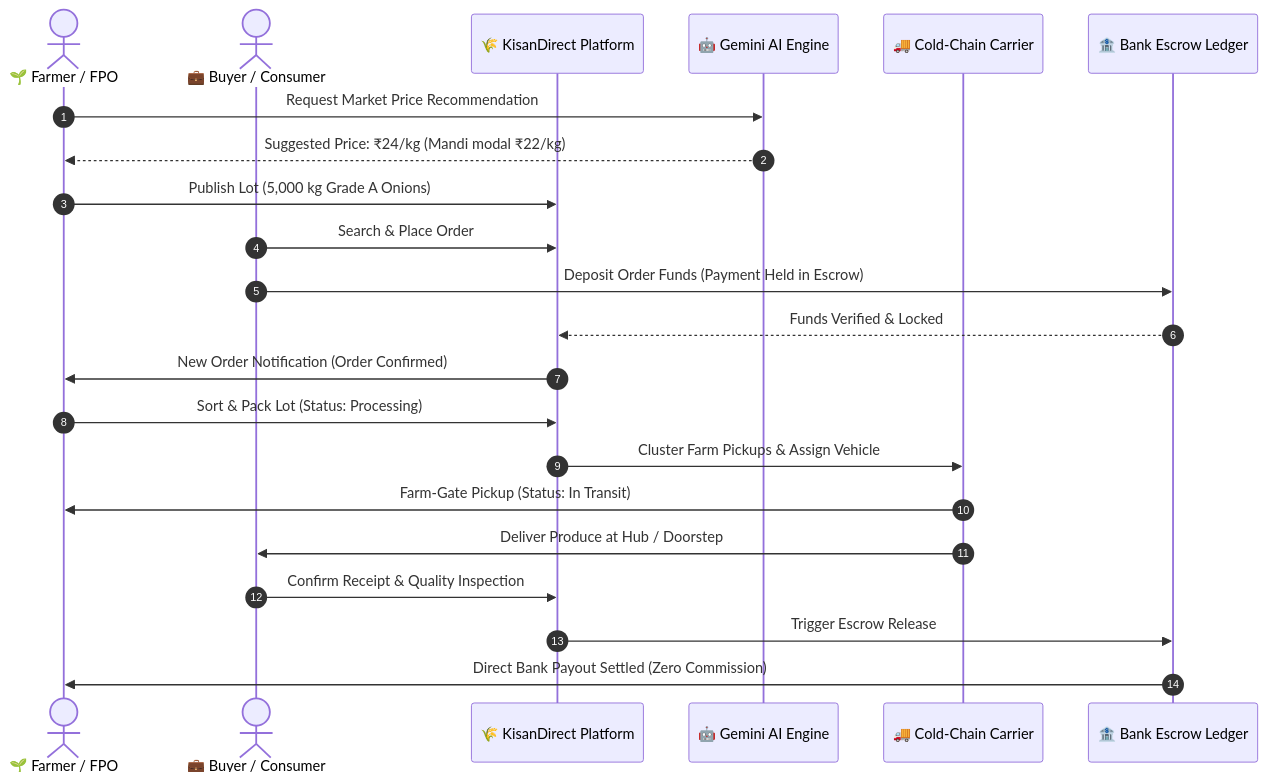
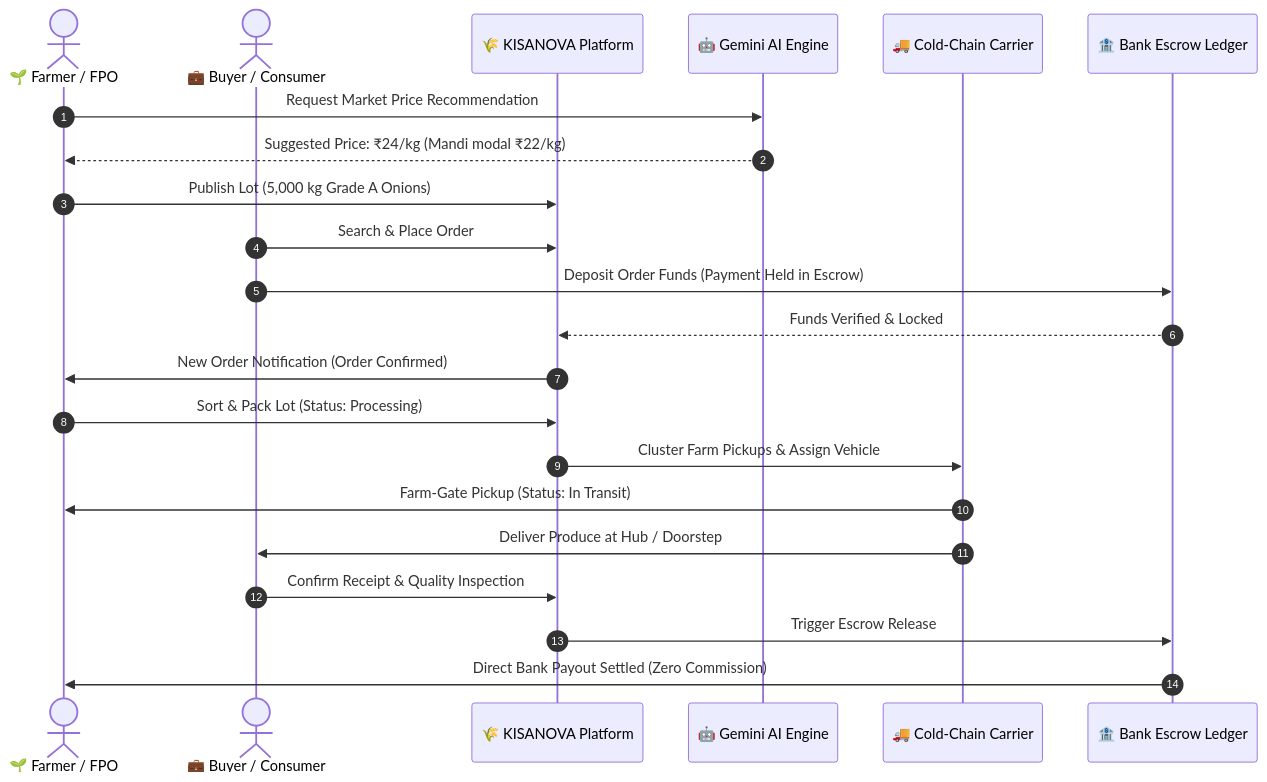
Before and after one commit to Bibekmeher-in/sih2026: the diagram in README.md, drawn with Mermaid. The commit also changed other lines of this file and 68 other files, not shown here.

Commit message:
feat(branding): update platform name to Kisanova across all portals, layouts, and documentation

````diff
--- a/README.md
+++ b/README.md
@@ -154,25 +154,25 @@
 ```mermaid
 sequenceDiagram
     autonumber
     actor Farmer as 🌱 Farmer / FPO
     actor Buyer as 💼 Buyer / Consumer
-    participant Platform as 🌾 KisanDirect Platform
+    participant Platform as 🌾 KISANOVA Platform
     participant AI as 🤖 Gemini AI Engine
     participant Logistics as 🚚 Cold-Chain Carrier
     participant Escrow as 🏦 Bank Escrow Ledger
 
     Farmer->>AI: Request Market Price Recommendation
     AI-->>Farmer: Suggested Price: ₹24/kg (Mandi modal ₹22/kg)
     Farmer->>Platform: Publish Lot (5,000 kg Grade A Onions)
     Buyer->>Platform: Search & Place Order
     Buyer->>Escrow: Deposit Order Funds (Payment Held in Escrow)
     Escrow-->>Platform: Funds Verified & Locked
     Platform->>Farmer: New Order Notification (Order Confirmed)
     Farmer->>Platform: Sort & Pack Lot (Status: Processing)
     Platform->>Logistics: Cluster Farm Pickups & Assign Vehicle
     Logistics->>Farmer: Farm-Gate Pickup (Status: In Transit)
     Logistics->>Buyer: Deliver Produce at Hub / Doorstep
     Buyer->>Platform: Confirm Receipt & Quality Inspection
     Platform->>Escrow: Trigger Escrow Release
     Escrow->>Farmer: Direct Bank Payout Settled (Zero Commission)
 ```
````
